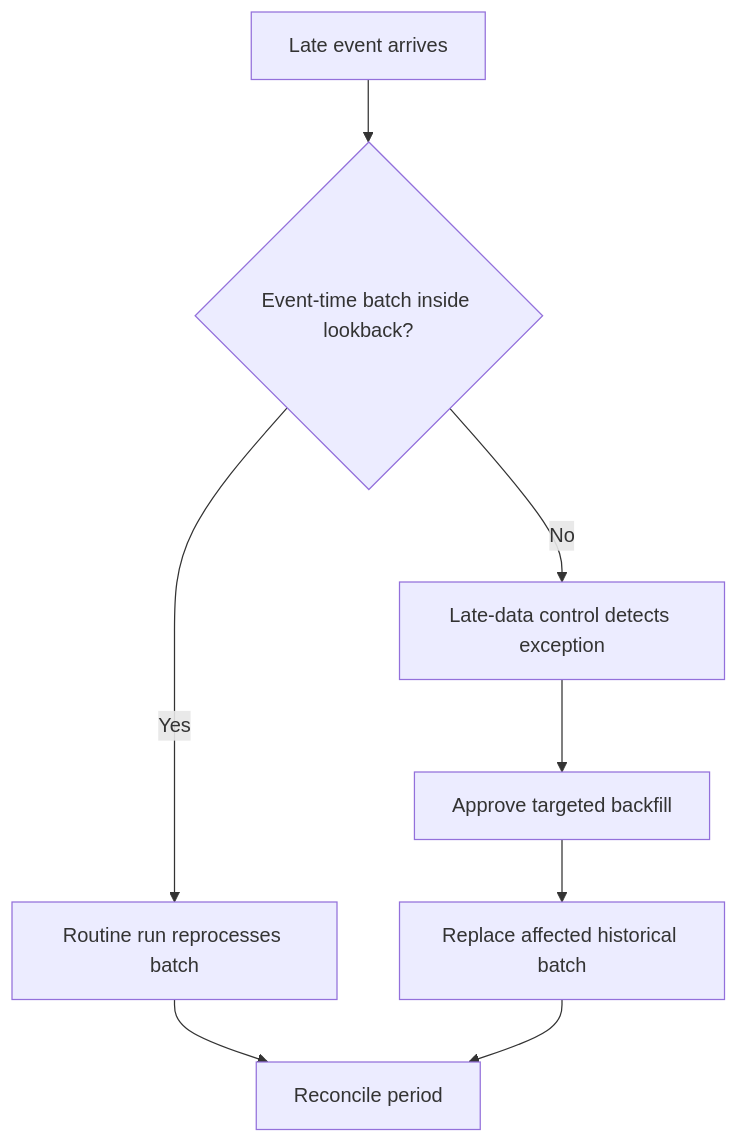
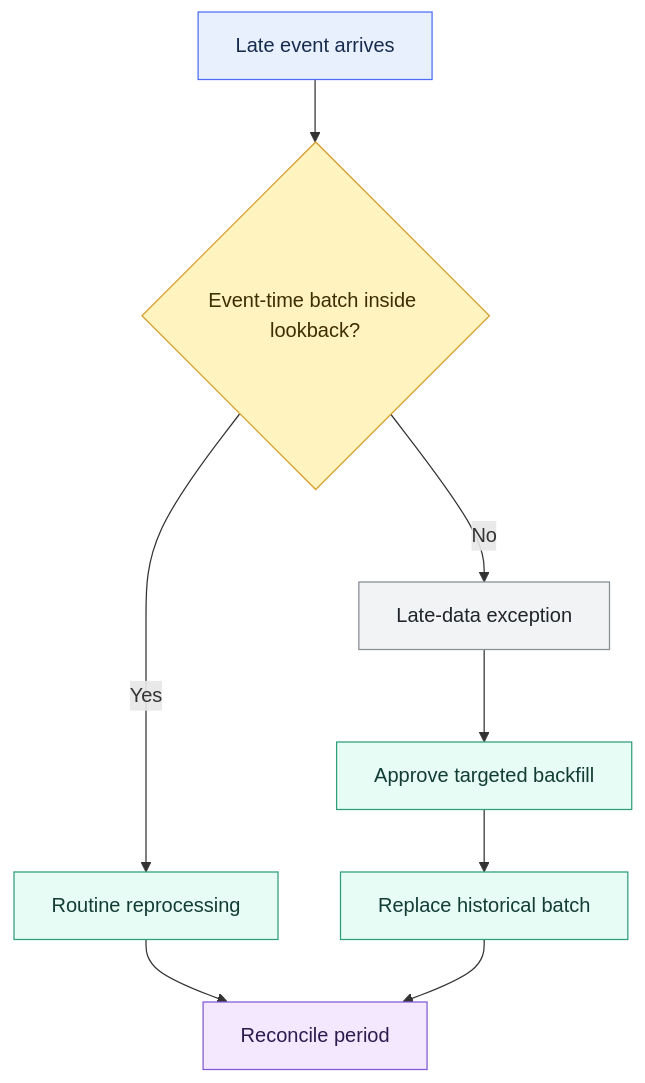
One commit to shonningsoy/Upskill changed the second of 2 diagrams in 02 dbt/04 Incremental Processing and Performance/33 Microbatch Incremental Models.md. Above: the diagram before and after it, drawn with Mermaid. The commit also changed other lines of this file and 31 other files, not shown here.

````diff
--- a/02 dbt/04 Incremental Processing and Performance/33 Microbatch Incremental Models.md
+++ b/02 dbt/04 Incremental Processing and Performance/33 Microbatch Incremental Models.md
@@ -95,10 +104,21 @@
 ```mermaid
 flowchart TD
     A[Late event arrives] --> B{Event-time batch inside lookback?}
-    B -->|Yes| C[Routine run reprocesses batch]
-    B -->|No| D[Late-data control detects exception]
+    B -->|Yes| C[Routine reprocessing]
+    B -->|No| D[Late-data exception]
     D --> E[Approve targeted backfill]
-    E --> F[Replace affected historical batch]
+    E --> F[Replace historical batch]
     C --> G[Reconcile period]
     F --> G
+
+    classDef input fill:#E8F0FE,stroke:#4C6EF5,color:#172B4D
+    classDef control fill:#FFF3BF,stroke:#D69E2E,color:#3D2E00
+    classDef dbt fill:#E6FCF5,stroke:#2F9E7B,color:#123C34
+    classDef platform fill:#F1F3F5,stroke:#868E96,color:#212529
+    classDef output fill:#F3E8FF,stroke:#805AD5,color:#2D1B4E
+    class A input
+    class B control
+    class C,E,F dbt
+    class D platform
+    class G output
 ```
````
